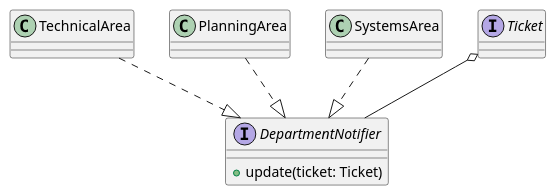
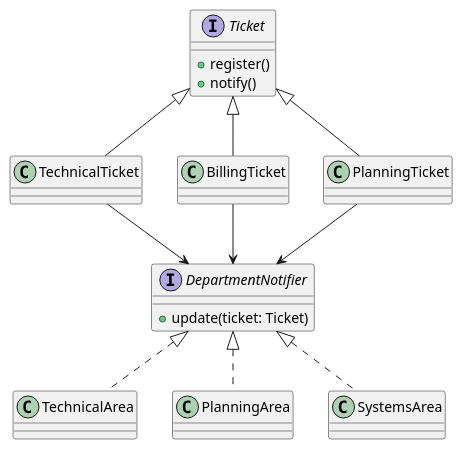
The diagram in obsever.puml (DilanUni/design-patterns-Ing), drawn with PlantUML before and after one commit. The commit also changed 19 other files, not shown here.

Commit message:
fix: corregir diagramas de Factory Method, Observer y Facade; agregar ejemplo de código Factory Method

```diff
--- a/obsever.puml
+++ b/obsever.puml
@@ -1,18 +1,31 @@
 @startuml
+
+interface Ticket {
+    +register()
+    +notify()
+}
 
 interface DepartmentNotifier {
     +update(ticket: Ticket)
 }
 
+class TechnicalTicket
+class BillingTicket
+class PlanningTicket
+
 class TechnicalArea
 class PlanningArea
 class SystemsArea
 
-interface Ticket
+Ticket <|-- TechnicalTicket
+Ticket <|-- BillingTicket
+Ticket <|-- PlanningTicket
 
-TechnicalArea ..|> DepartmentNotifier
-PlanningArea ..|> DepartmentNotifier
-SystemsArea ..|> DepartmentNotifier
+DepartmentNotifier <|.. TechnicalArea
+DepartmentNotifier <|.. PlanningArea
+DepartmentNotifier <|.. SystemsArea
 
-Ticket o-- DepartmentNotifier
+TechnicalTicket --> DepartmentNotifier
+BillingTicket --> DepartmentNotifier
+PlanningTicket --> DepartmentNotifier
 @enduml
```
